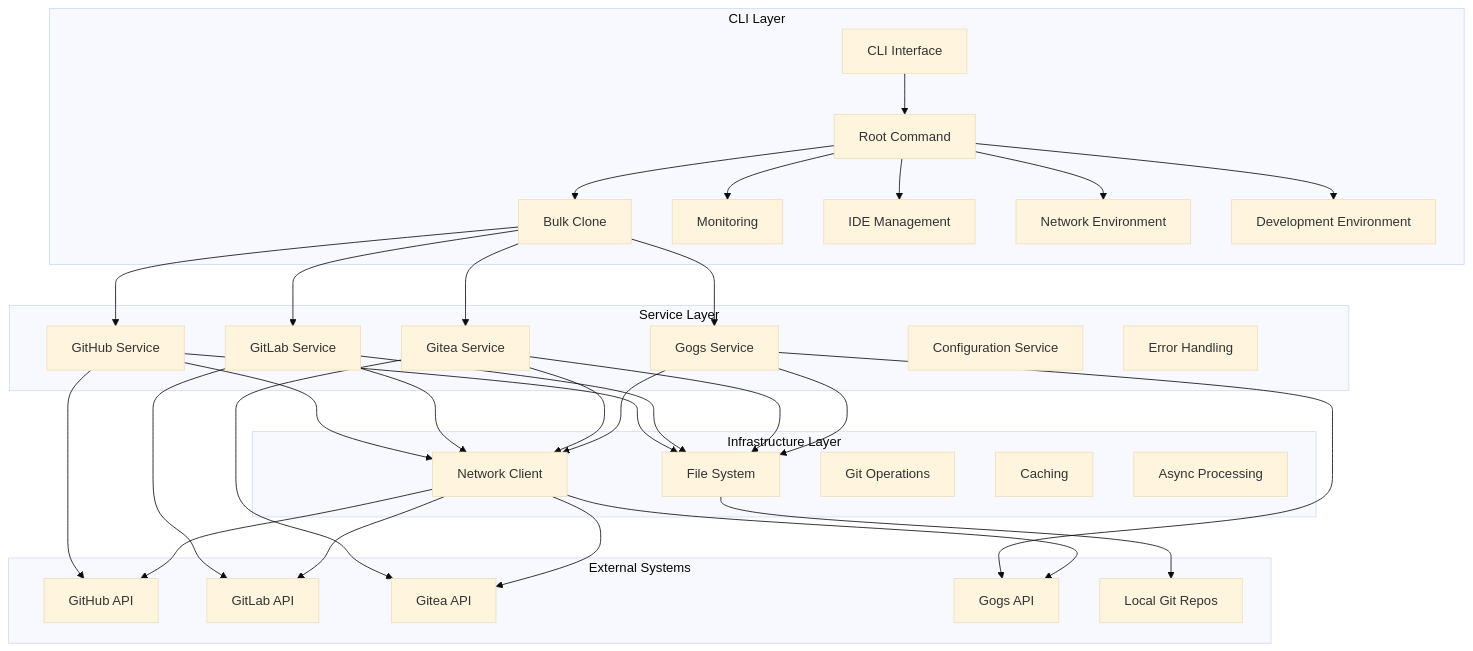
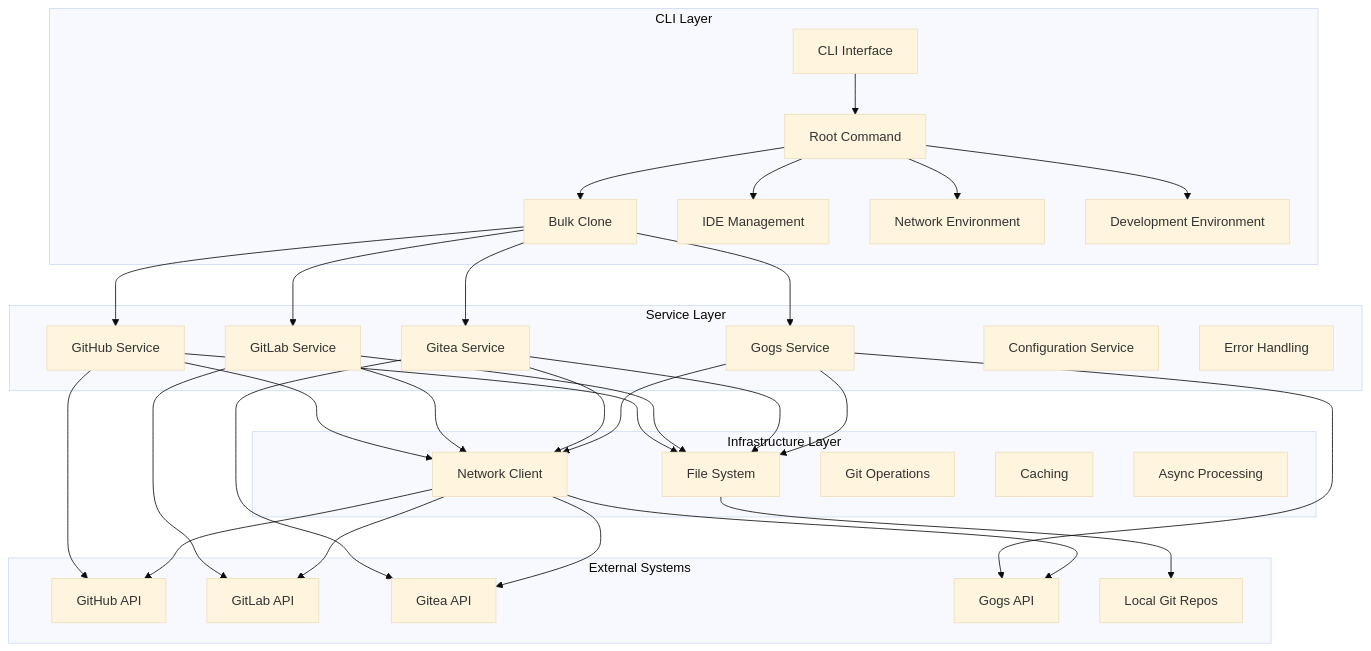
Before and after one commit to Gizzahub/gzh-cli: the first of 8 diagrams in docs/02-architecture/overview.md, drawn with Mermaid (base theme). The commit also changed other lines of this file and 44 other files, not shown here.

````diff
--- a/docs/02-architecture/overview.md
+++ b/docs/02-architecture/overview.md
@@ -20,70 +20,68 @@
 ```mermaid
 graph TB
     subgraph "CLI Layer"
         CLI[CLI Interface]
         ROOT[Root Command]
         BULK[Bulk Clone]
-        MONITOR[Monitoring]
         IDE[IDE Management]
         NETENV[Network Environment]
         DEVENV[Development Environment]
     end
 
     subgraph "Service Layer"
         GITHUB[GitHub Service]
         GITLAB[GitLab Service]
         GITEA[Gitea Service]
         GOGS[Gogs Service]
         CONFIG[Configuration Service]
         ERROR[Error Handling]
     end
 
     subgraph "Infrastructure Layer"
         FS[File System]
         NET[Network Client]
         GIT[Git Operations]
         CACHE[Caching]
         ASYNC[Async Processing]
     end
 
     subgraph "External Systems"
         GHAPI[GitHub API]
         GLAPI[GitLab API]
         GTAPI[Gitea API]
         GSAPI[Gogs API]
         LOCAL[Local Git Repos]
     end
 
     CLI --> ROOT
     ROOT --> BULK
-    ROOT --> MONITOR
     ROOT --> IDE
     ROOT --> NETENV
     ROOT --> DEVENV
 
     BULK --> GITHUB
     BULK --> GITLAB
     BULK --> GITEA
     BULK --> GOGS
 
     GITHUB --> GHAPI
     GITLAB --> GLAPI
     GITEA --> GTAPI
     GOGS --> GSAPI
 
     GITHUB --> FS
     GITLAB --> FS
     GITEA --> FS
     GOGS --> FS
 
     GITHUB --> NET
     GITLAB --> NET
     GITEA --> NET
     GOGS --> NET
 
     FS --> LOCAL
     NET --> GHAPI
     NET --> GLAPI
     NET --> GTAPI
     NET --> GSAPI
 ```
````
